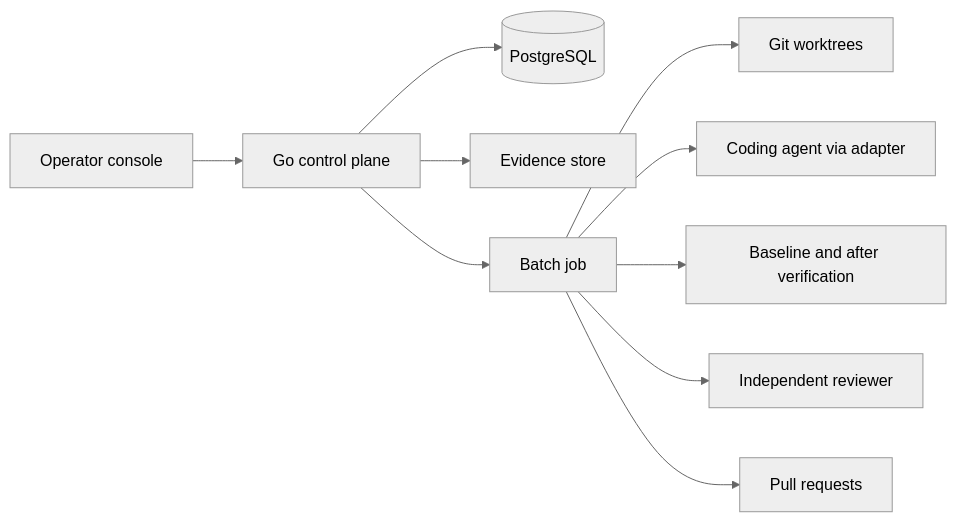
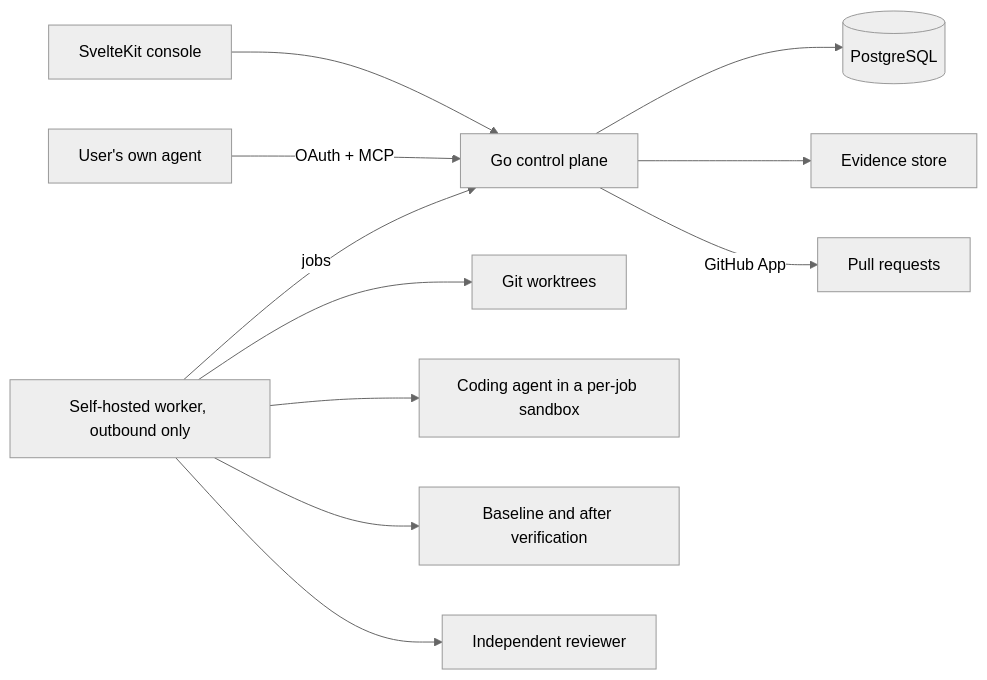
The diagram in src/en/products/defect_drainer.md (binartist/about-me), drawn with Mermaid (neutral theme) before and after one commit. The commit also changed other lines of this file and 4 other files, not shown here.

````diff
--- a/src/en/products/defect_drainer.md
+++ b/src/en/products/defect_drainer.md
@@ -27,12 +27,13 @@
 ```mermaid
 flowchart LR
-  Console[Operator console] --> API[Go control plane]
+  Console[SvelteKit console] --> API[Go control plane]
+  BYOA[User's own agent] -->|OAuth + MCP| API
   API --> DB[(PostgreSQL)]
   API --> Evidence[Evidence store]
-  API --> Batch[Batch job]
-  Batch --> WT[Git worktrees]
-  Batch --> Agent[Coding agent via adapter]
-  Batch --> Verify[Baseline and after verification]
-  Batch --> Review[Independent reviewer]
-  Batch --> PR[Pull requests]
+  Worker[Self-hosted worker, outbound only] -->|jobs| API
+  Worker --> WT[Git worktrees]
+  Worker --> Agent[Coding agent in a per-job sandbox]
+  Worker --> Verify[Baseline and after verification]
+  Worker --> Review[Independent reviewer]
+  API -->|GitHub App| PR[Pull requests]
 ```
````
